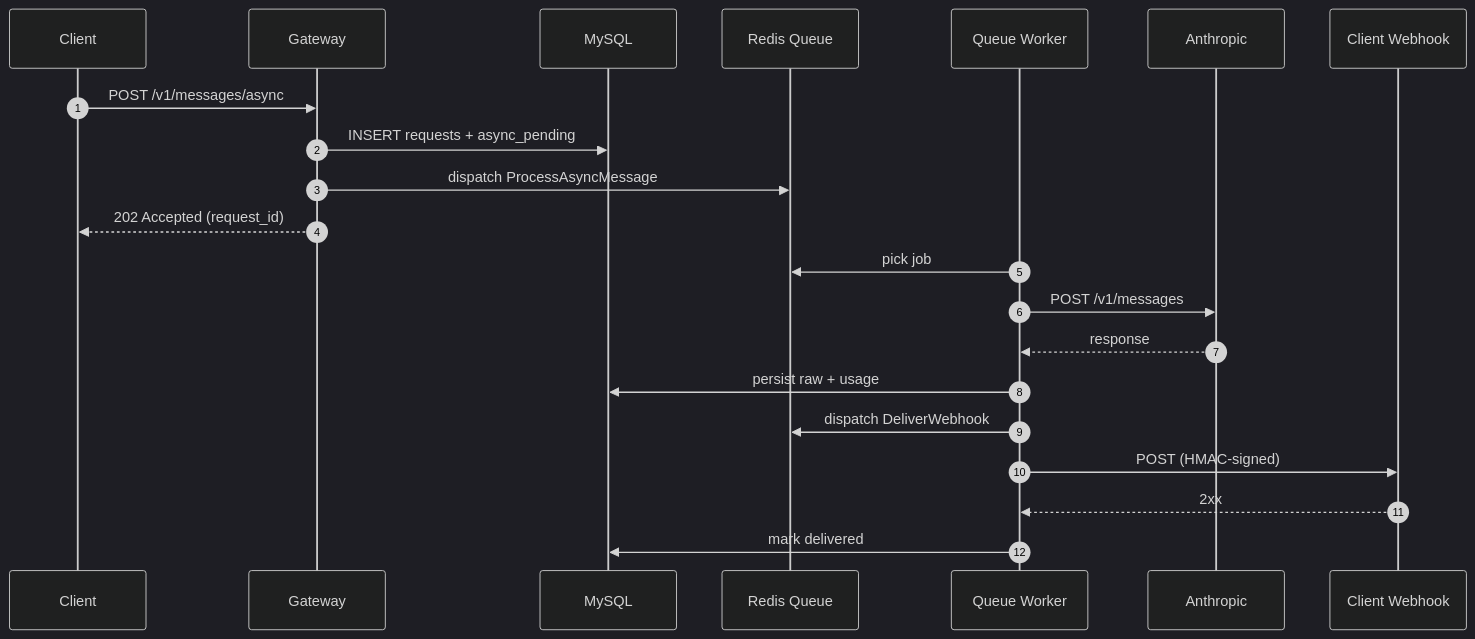
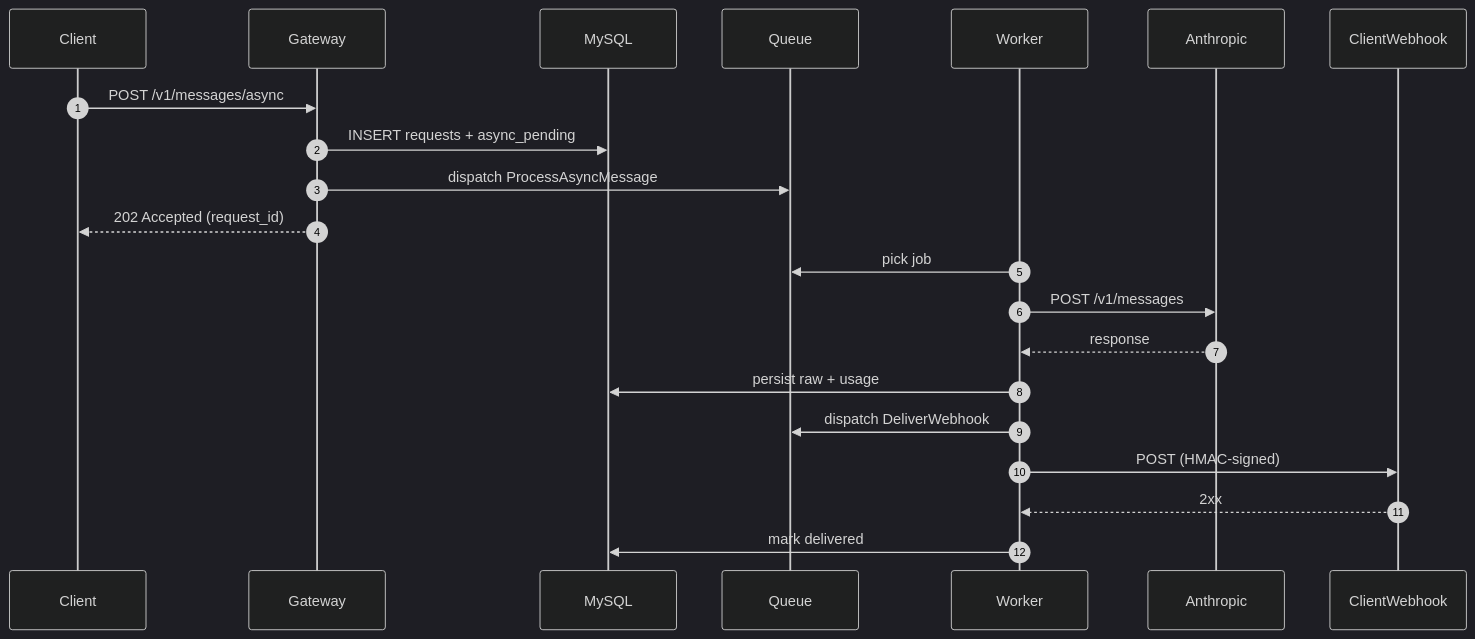
Before and after one commit to Mikhail-Litvintsev/llm_gateway: the second of 2 diagrams in README.md, drawn with Mermaid (dark theme). The commit also changed other lines of this file, not shown here.

Commit message:
docs(readme): use descriptive participant names in mermaid diagrams
Single-letter aliases (C, N, P, R, D, A, G, Q, W, WH) were unreadable in the
rendered source. Drop the `participant X as Name` declarations and use the
full names directly as identifiers (Client, Nginx, PhpFpm, ...). Source and
rendered output both read as plain English now.

````diff
--- a/README.md
+++ b/README.md
@@ -64,25 +57,17 @@
 ```mermaid
 sequenceDiagram
     autonumber
-    participant C as Client
-    participant G as Gateway
-    participant D as MySQL
-    participant Q as Redis Queue
-    participant W as Queue Worker
-    participant A as Anthropic
-    participant WH as Client Webhook
+    Client->>Gateway: POST /v1/messages/async
+    Gateway->>MySQL: INSERT requests + async_pending
+    Gateway->>Queue: dispatch ProcessAsyncMessage
+    Gateway-->>Client: 202 Accepted (request_id)
 
-    C->>G: POST /v1/messages/async
-    G->>D: INSERT requests + async_pending
-    G->>Q: dispatch ProcessAsyncMessage
-    G-->>C: 202 Accepted (request_id)
-
-    W->>Q: pick job
-    W->>A: POST /v1/messages
-    A-->>W: response
-    W->>D: persist raw + usage
-    W->>Q: dispatch DeliverWebhook
-    W->>WH: POST (HMAC-signed)
-    WH-->>W: 2xx
-    W->>D: mark delivered
+    Worker->>Queue: pick job
+    Worker->>Anthropic: POST /v1/messages
+    Anthropic-->>Worker: response
+    Worker->>MySQL: persist raw + usage
+    Worker->>Queue: dispatch DeliverWebhook
+    Worker->>ClientWebhook: POST (HMAC-signed)
+    ClientWebhook-->>Worker: 2xx
+    Worker->>MySQL: mark delivered
 ```
````
